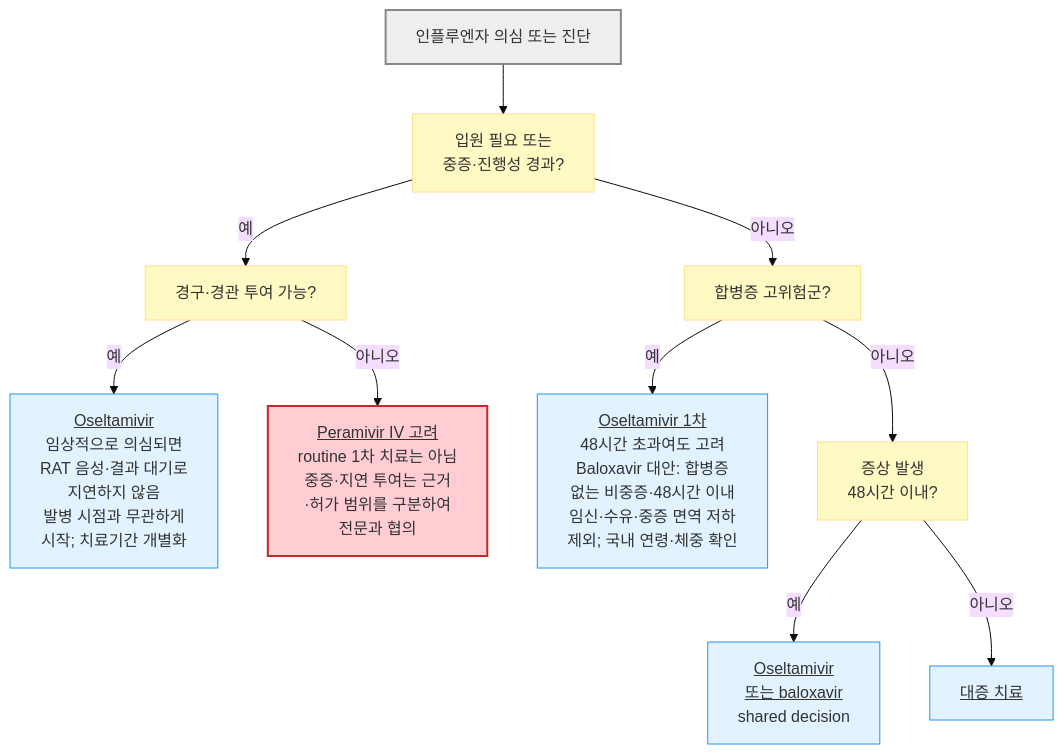
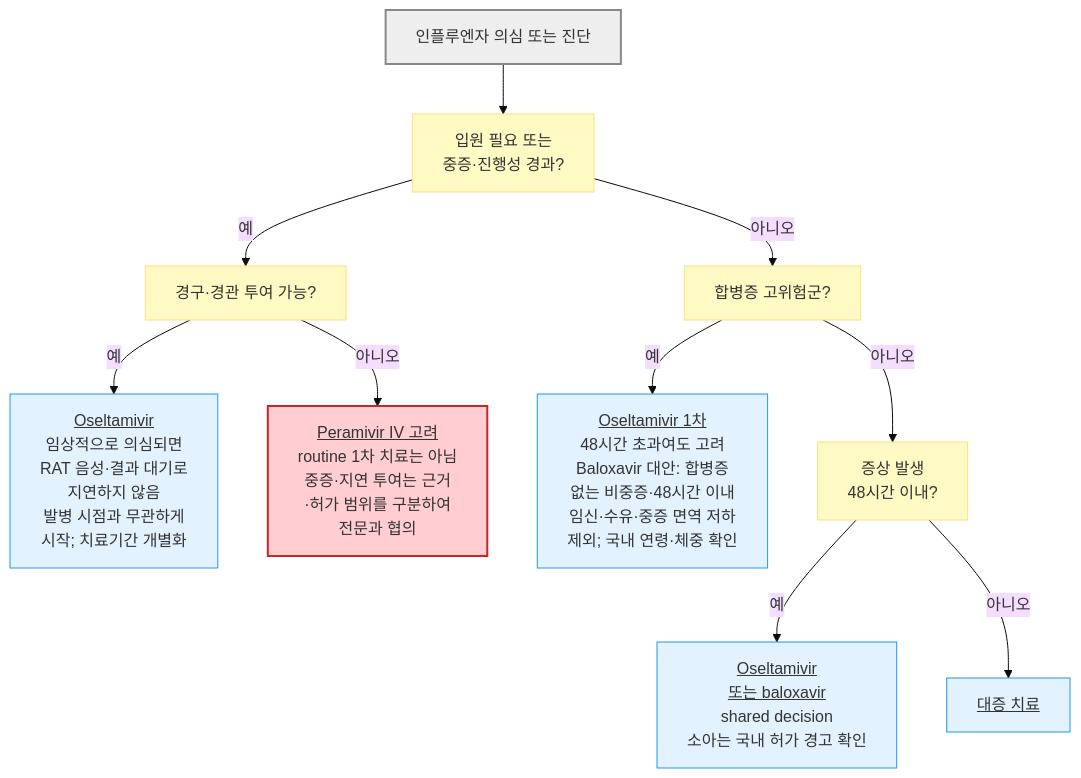
Before and after one commit to familyoh77/familyoh77: the diagram in 223_/069_-influenza.md, drawn with Mermaid (base theme). The commit also changed other lines of this file, not shown here.

````diff
--- a/223_/069_-influenza.md
+++ b/223_/069_-influenza.md
@@ -179,18 +180,18 @@
 ```mermaid
 flowchart TD
     A["인플루엔자 의심 또는 진단"] --> B["입원 필요 또는 <br/>중증·진행성 경과?"]
     B -- "예" --> C["경구·경관 투여 가능?"]
     C -- "예" --> D["<u>Oseltamivir</u><br/>임상적으로 의심되면 <br/>RAT 음성·결과 대기로 <br/>지연하지 않음<br/>발병 시점과 무관하게 <br/>시작; 치료기간 개별화"]
     C -- "아니오" --> E["<u>Peramivir IV 고려</u><br/>routine 1차 치료는 아님<br/>중증·지연 투여는 근거<br/>·허가 범위를 구분하여 <br/>전문과 협의"]
     B -- "아니오" --> F["합병증 고위험군?"]
     F -- "예" --> G["<u>Oseltamivir 1차</u><br/>48시간 초과여도 고려<br/>Baloxavir 대안: 합병증 <br/>없는 비중증·48시간 이내<br/>임신·수유·중증 면역 저하 <br/>제외; 국내 연령·체중 확인"]
     F -- "아니오" --> H["증상 발생 <br/>48시간 이내?"]
-    H -- "예" --> I["<u>Oseltamivir <br/>또는 baloxavir</u><br/>shared decision"]
+    H -- "예" --> I["<u>Oseltamivir <br/>또는 baloxavir</u><br/>shared decision<br/>소아는 국내 허가 경고 확인"]
     H -- "아니오" --> J["<u>대증 치료</u>"]
     classDef question fill:#fff9c4,stroke:#ffe082
     class B,C,F,H question
     classDef sky fill:#e3f2ff,stroke:#2196f3
     class D,G,I,J sky
     style A fill:#eeeeee,stroke:#888888,stroke-width:2px
     style E fill:#ffcdd2,stroke:#c62828,stroke-width:2px
 ```
````
